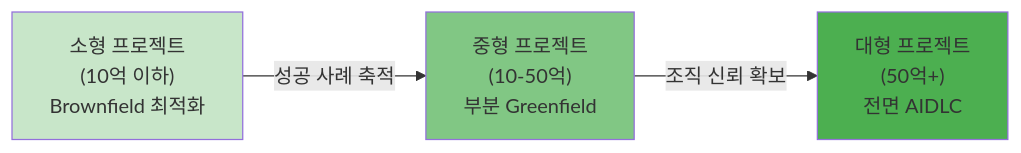
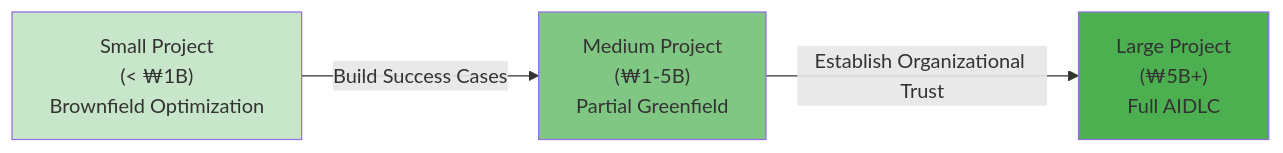
Before and after one commit to devfloor9/engineering-playbook: the third of 4 diagrams in docs/aidlc/enterprise/adoption-strategy.md, drawn with Mermaid. The commit also changed other lines of this file and 954 other files, not shown here.

````diff
--- a/docs/aidlc/enterprise/adoption-strategy.md
+++ b/docs/aidlc/enterprise/adoption-strategy.md
@@ -176,13 +176,13 @@
 ```mermaid
 graph LR
-    Small["소형 프로젝트<br/>(10억 이하)<br/>Brownfield 최적화"]
-    Medium["중형 프로젝트<br/>(10-50억)<br/>부분 Greenfield"]
-    Large["대형 프로젝트<br/>(50억+)<br/>전면 AIDLC"]
+    Small["Small Project<br/>(< ₩1B)<br/>Brownfield Optimization"]
+    Medium["Medium Project<br/>(₩1-5B)<br/>Partial Greenfield"]
+    Large["Large Project<br/>(₩5B+)<br/>Full AIDLC"]
 
-    Small -->|성공 사례 축적| Medium
-    Medium -->|조직 신뢰 확보| Large
+    Small -->|Build Success Cases| Medium
+    Medium -->|Establish Organizational Trust| Large
 
     style Small fill:#c8e6c9
     style Medium fill:#81c784
     style Large fill:#4caf50
 ```
````
